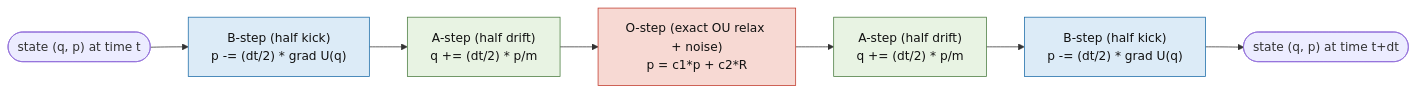
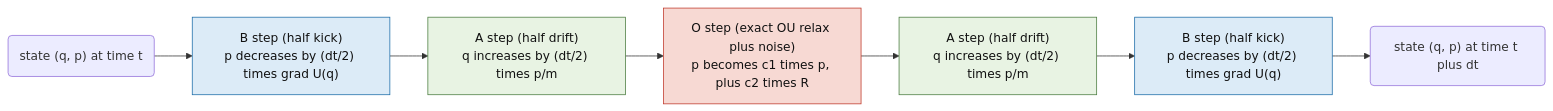
The first of 3 diagrams in docs/BAOAB/BAOAB_Deep_Dive.md (dimitarpg13/semantic_simulation), drawn with Mermaid before and after one commit. The commit also changed other lines of this file, not shown here.

````diff
--- a/docs/BAOAB/BAOAB_Deep_Dive.md
+++ b/docs/BAOAB/BAOAB_Deep_Dive.md
@@ -116,15 +116,23 @@
 ```mermaid
 flowchart LR
-    S0(["state (q, p) at time t"]) --> B1["B-step (half kick)<br/>p -= (dt/2) * grad U(q)"]
-    B1 --> A1["A-step (half drift)<br/>q += (dt/2) * p/m"]
-    A1 --> O1["O-step (exact OU relax + noise)<br/>p = c1*p + c2*R"]
-    O1 --> A2["A-step (half drift)<br/>q += (dt/2) * p/m"]
-    A2 --> B2["B-step (half kick)<br/>p -= (dt/2) * grad U(q)"]
-    B2 --> S1(["state (q, p) at time t+dt"])
+    S0("state (q, p) at time t")
+    B1["B step (half kick)<br>p decreases by (dt/2) times grad U(q)"]
+    A1["A step (half drift)<br>q increases by (dt/2) times p/m"]
+    O1["O step (exact OU relax plus noise)<br>p becomes c1 times p, plus c2 times R"]
+    A2["A step (half drift)<br>q increases by (dt/2) times p/m"]
+    B2["B step (half kick)<br>p decreases by (dt/2) times grad U(q)"]
+    S1("state (q, p) at time t plus dt")
+
+    S0 --> B1
+    B1 --> A1
+    A1 --> O1
+    O1 --> A2
+    A2 --> B2
+    B2 --> S1
 
     style B1 fill:#dcebf7,stroke:#1b6ca8,color:#111
     style B2 fill:#dcebf7,stroke:#1b6ca8,color:#111
     style A1 fill:#e8f3e3,stroke:#4a7c3f,color:#111
     style A2 fill:#e8f3e3,stroke:#4a7c3f,color:#111
     style O1 fill:#f7d9d3,stroke:#c0392b,color:#111
 ```
````
